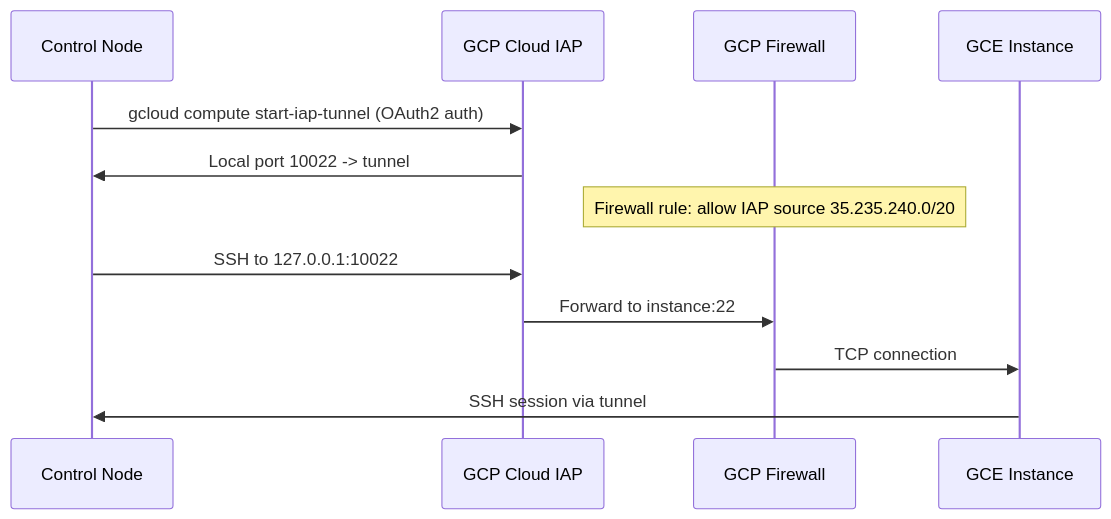
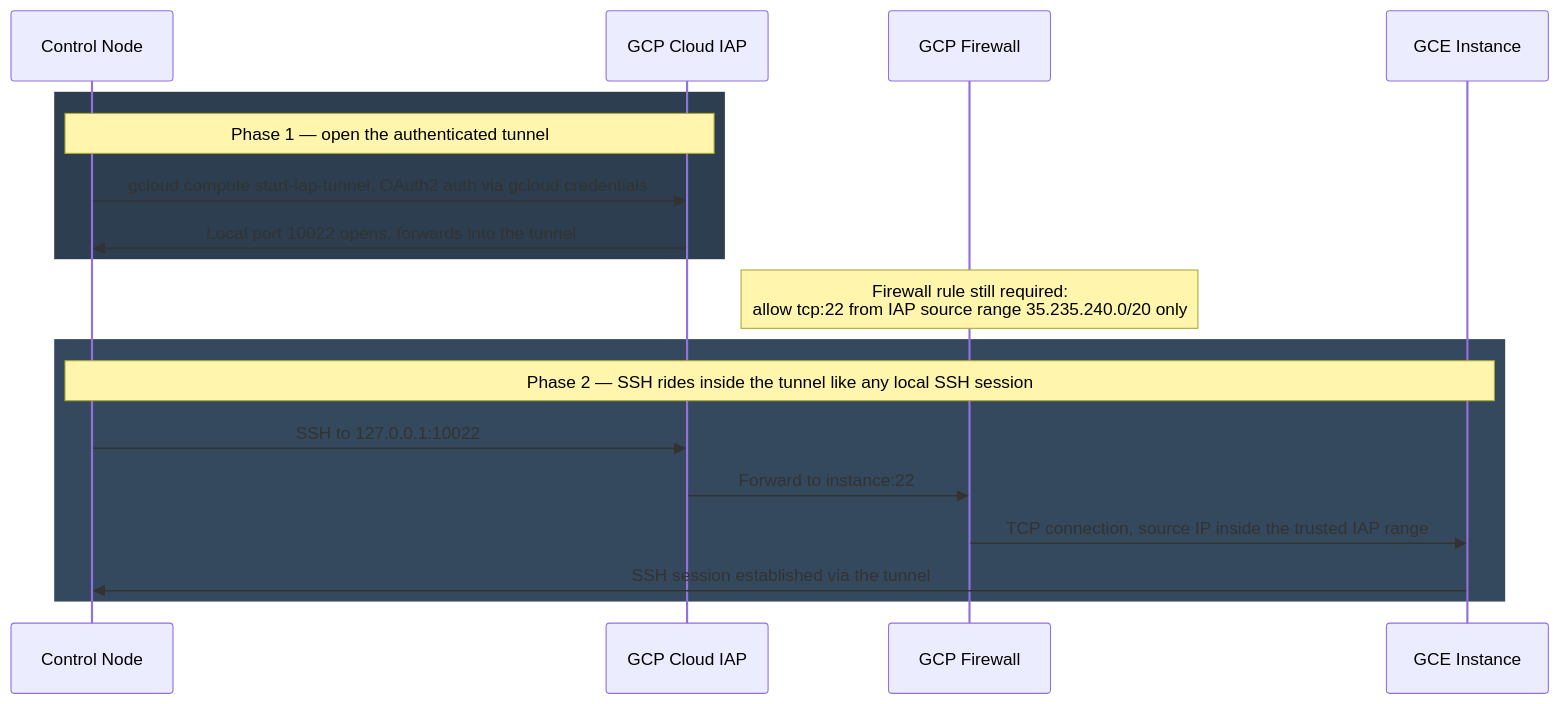
One commit to deepanshu-rawat6/DevOpsIndex changed the fourth of 5 diagrams in iac/ansible/cloud-integration.md. Above: the diagram before and after it, drawn with Mermaid. The commit also changed other lines of this file and 17 other files, not shown here.

````diff
--- a/iac/ansible/cloud-integration.md
+++ b/iac/ansible/cloud-integration.md
@@ -390,15 +469,23 @@
 ```mermaid
 sequenceDiagram
     participant C as Control Node
     participant IAP as GCP Cloud IAP
     participant FW as GCP Firewall
     participant VM as GCE Instance
 
-    C->>IAP: gcloud compute start-iap-tunnel (OAuth2 auth)
-    IAP->>C: Local port 10022 -> tunnel
-    Note over FW: Firewall rule: allow IAP source 35.235.240.0/20
+    rect rgb(44, 62, 80)
+    Note over C,IAP: Phase 1 — open the authenticated tunnel
+    C->>IAP: gcloud compute start-iap-tunnel, OAuth2 auth via gcloud credentials
+    IAP->>C: Local port 10022 opens, forwards into the tunnel
+    end
+
+    Note over FW: Firewall rule still required:<br/>allow tcp:22 from IAP source range 35.235.240.0/20 only
+
+    rect rgb(52, 73, 94)
+    Note over C,VM: Phase 2 — SSH rides inside the tunnel like any local SSH session
     C->>IAP: SSH to 127.0.0.1:10022
     IAP->>FW: Forward to instance:22
-    FW->>VM: TCP connection
-    VM->>C: SSH session via tunnel
+    FW->>VM: TCP connection, source IP inside the trusted IAP range
+    VM->>C: SSH session established via the tunnel
+    end
 ```
````
